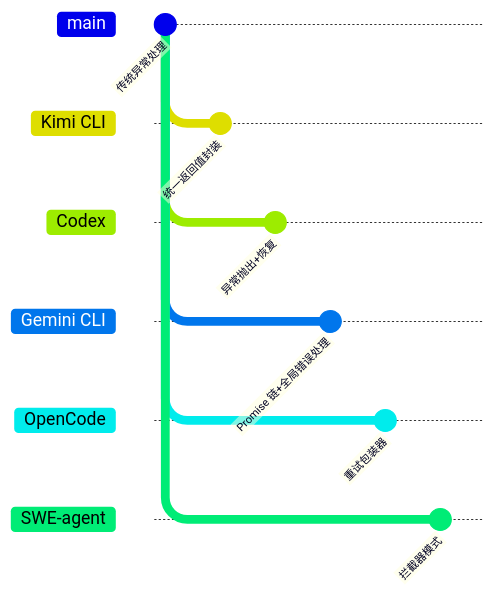
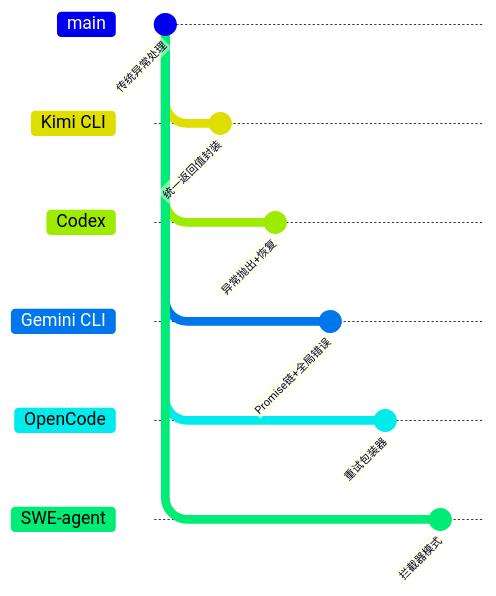
Before and after one commit to giraffe-tree/agent-base: diagram 11 of 11 in docs/kimi-cli/questions/kimi-cli-tool-error-handling.md, drawn with Mermaid. The commit also changed other lines of this file and 155 other files, not shown here.

````diff
--- a/docs/kimi-cli/questions/kimi-cli-tool-error-handling.md
+++ b/docs/kimi-cli/questions/kimi-cli-tool-error-handling.md
@@ -693,23 +833,23 @@
 ```mermaid
 gitGraph
     commit id: "传统异常处理"
     branch "Kimi CLI"
     checkout "Kimi CLI"
     commit id: "统一返回值封装"
     checkout main
     branch "Codex"
     checkout "Codex"
     commit id: "异常抛出+恢复"
     checkout main
     branch "Gemini CLI"
     checkout "Gemini CLI"
-    commit id: "Promise 链+全局错误处理"
+    commit id: "Promise链+全局错误"
     checkout main
     branch "OpenCode"
     checkout "OpenCode"
     commit id: "重试包装器"
     checkout main
     branch "SWE-agent"
     checkout "SWE-agent"
     commit id: "拦截器模式"
 ```
````
